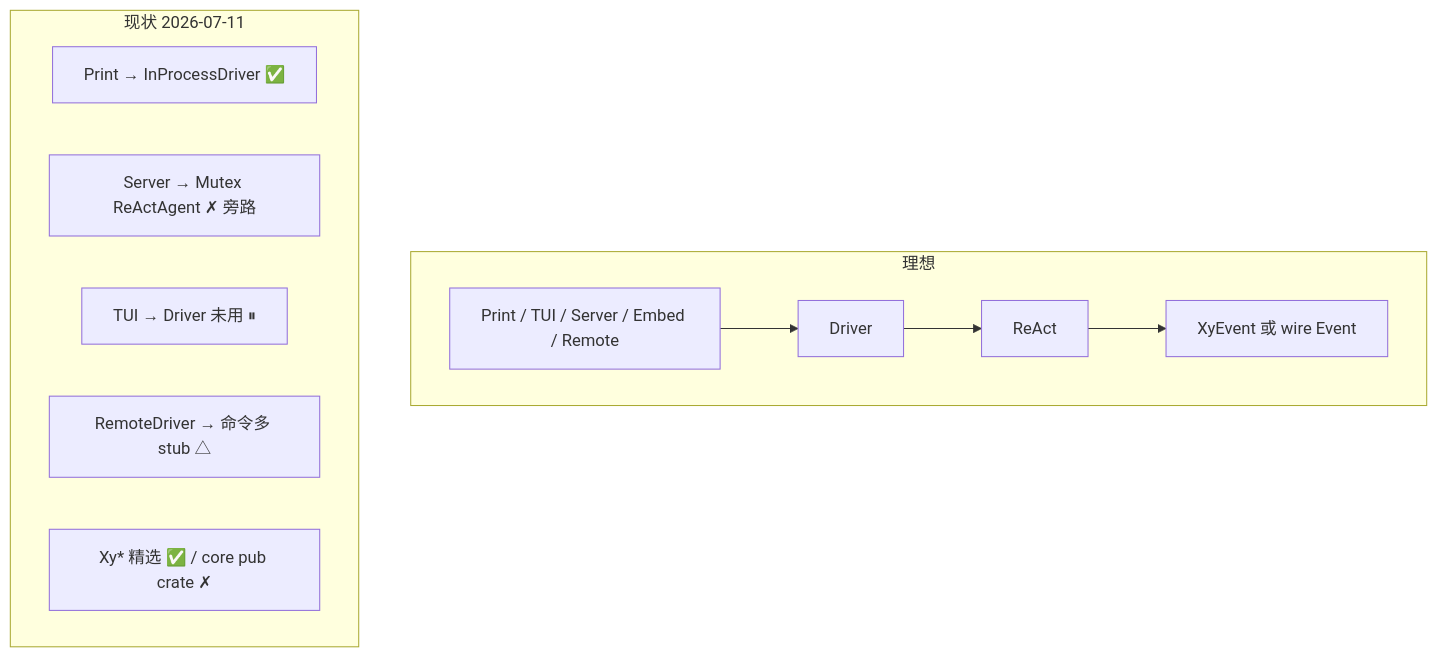
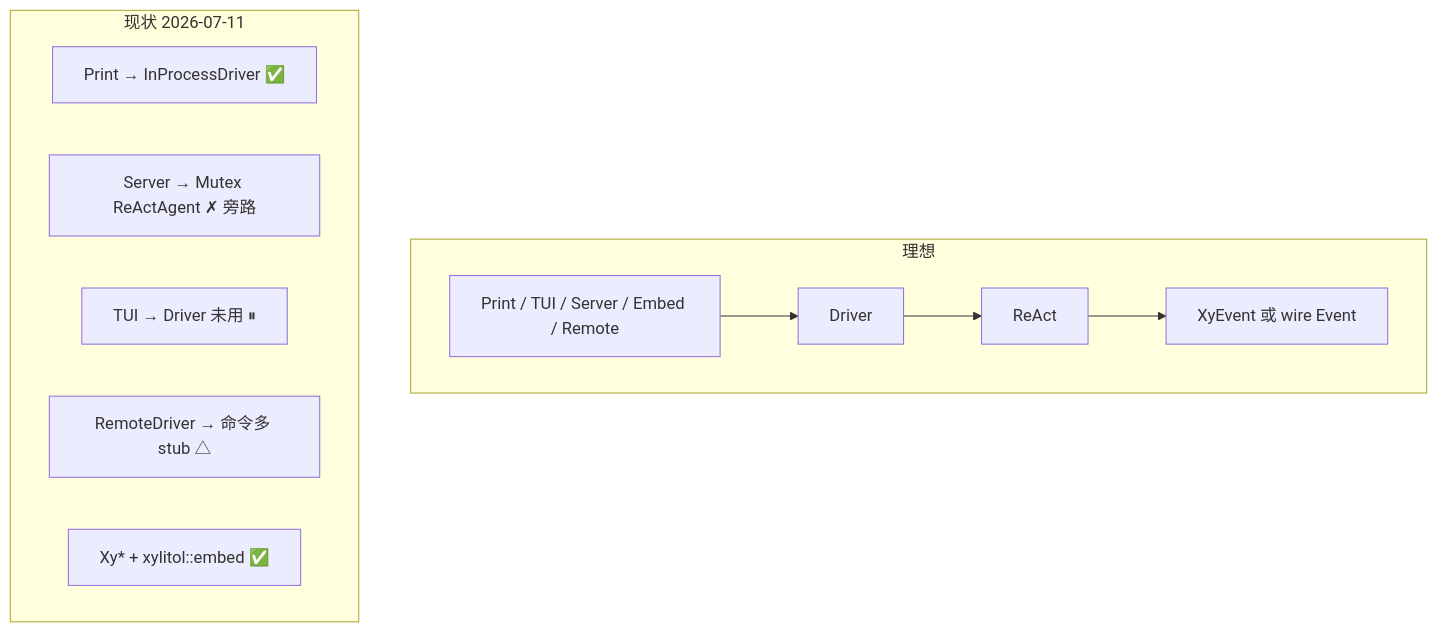
Before and after one commit to StrayDragon/xylitol: the diagram in docs/architecture/library-and-clients.md, drawn with Mermaid. The commit also changed other lines of this file and 12 other files, not shown here.

First line of the commit message:
feat(lib): public xylitol::embed seam for bootstrap/Driver (c530)

````diff
--- a/docs/architecture/library-and-clients.md
+++ b/docs/architecture/library-and-clients.md
@@ -42,18 +42,18 @@
 ```mermaid
 flowchart TB
   subgraph Ideal["理想"]
     C1["Print / TUI / Server / Embed / Remote"]
     D["Driver"]
     R["ReAct"]
     E["XyEvent 或 wire Event"]
     C1 --> D --> R --> E
   end
 
   subgraph Actual["现状 2026-07-11"]
     P["Print → InProcessDriver ✅"]
     S["Server → Mutex ReActAgent ✗ 旁路"]
     T["TUI → Driver 未用 ⏸"]
     Rem["RemoteDriver → 命令多 stub △"]
-    Lib["Xy* 精选 ✅ / core pub crate ✗"]
+    Lib["Xy* + xylitol::embed ✅"]
   end
 ```
````
